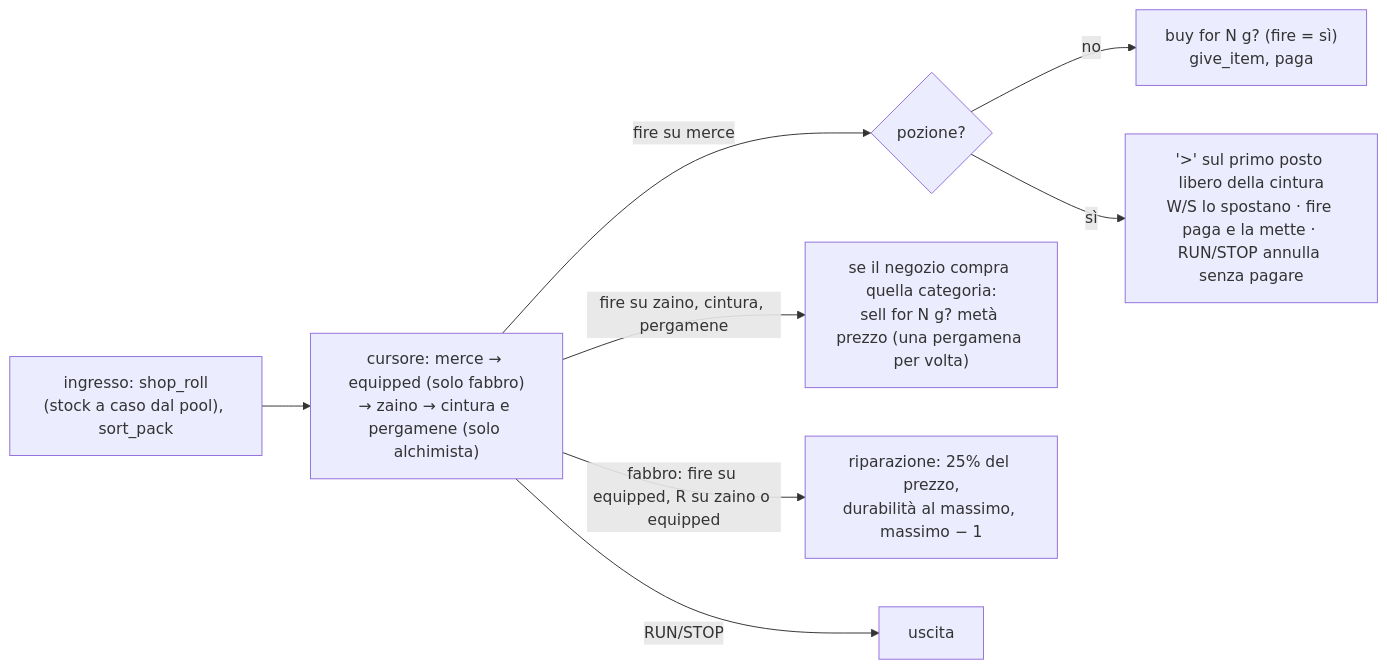
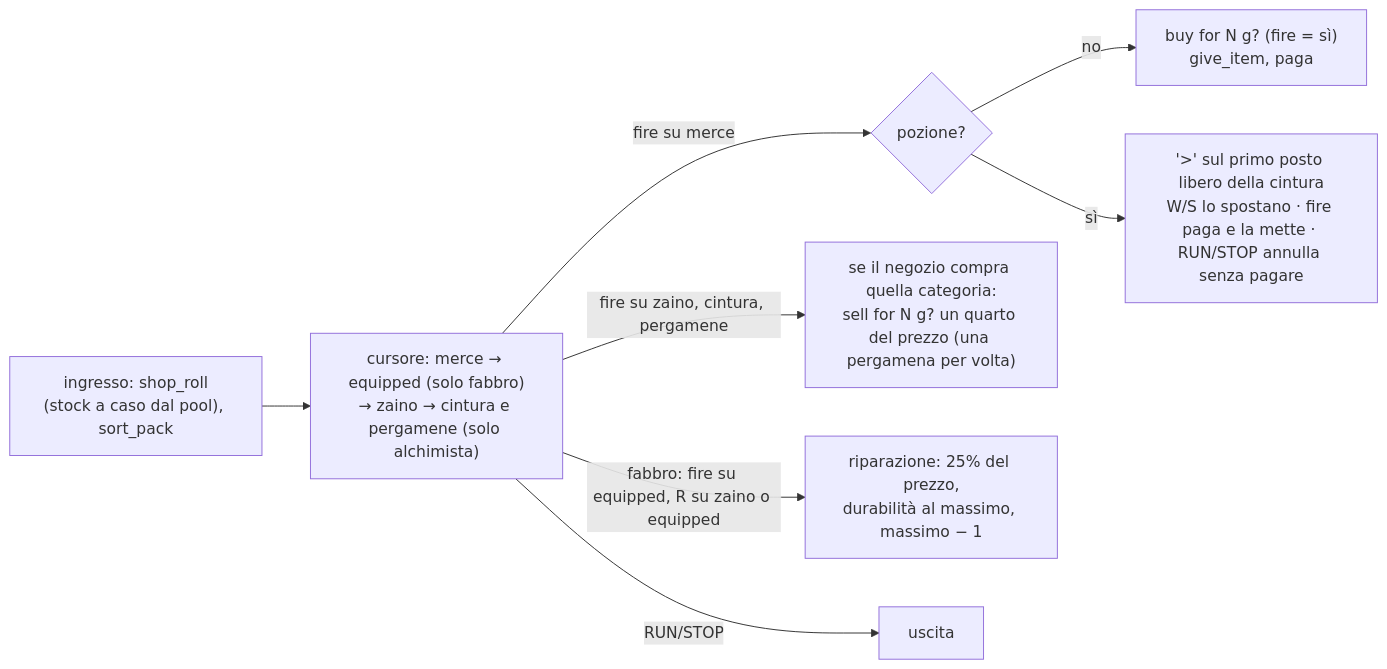
One commit to caporalesimone/barbarian-the-blood-path changed the second of 2 diagrams in docs/wiki/villaggio.md. Above: the diagram before and after it, drawn with Mermaid. The commit also changed other lines of this file and 12 other files, not shown here.

First line of the commit message:
Negozi: vendita a un quarto del prezzo (E1)

````diff
--- a/docs/wiki/villaggio.md
+++ b/docs/wiki/villaggio.md
@@ -257,10 +257,10 @@
 ```mermaid
 flowchart LR
     E["ingresso: shop_roll<br/>(stock a caso dal pool), sort_pack"] --> N["cursore: merce → equipped (solo fabbro)<br/>→ zaino → cintura e pergamene (solo alchimista)"]
     N -->|"fire su merce"| BUY{"pozione?"}
     BUY -->|no| ASK["buy for N g? (fire = sì)<br/>give_item, paga"]
     BUY -->|sì| SLOT["'>' sul primo posto libero della cintura<br/>W/S lo spostano · fire paga e la mette · RUN/STOP annulla senza pagare"]
-    N -->|"fire su zaino, cintura, pergamene"| SELL["se il negozio compra quella categoria:<br/>sell for N g? metà prezzo (una pergamena per volta)"]
+    N -->|"fire su zaino, cintura, pergamene"| SELL["se il negozio compra quella categoria:<br/>sell for N g? un quarto del prezzo (una pergamena per volta)"]
     N -->|"fabbro: fire su equipped, R su zaino o equipped"| REP["riparazione: 25% del prezzo,<br/>durabilità al massimo, massimo − 1"]
     N -->|RUN/STOP| X["uscita"]
 ```
````
